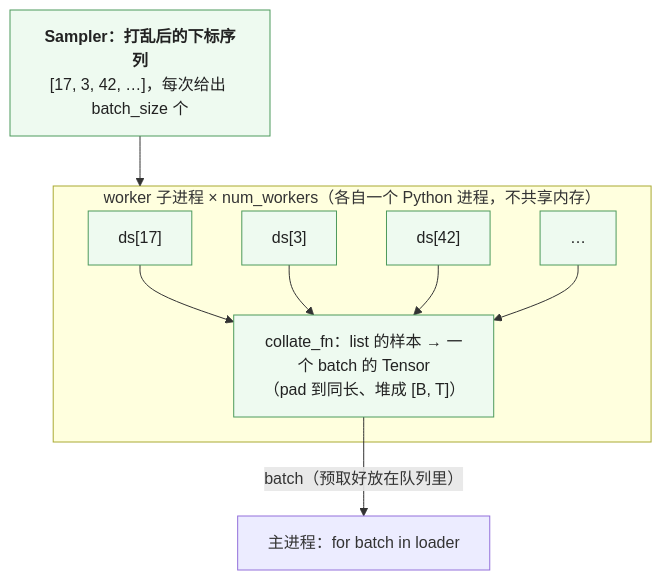
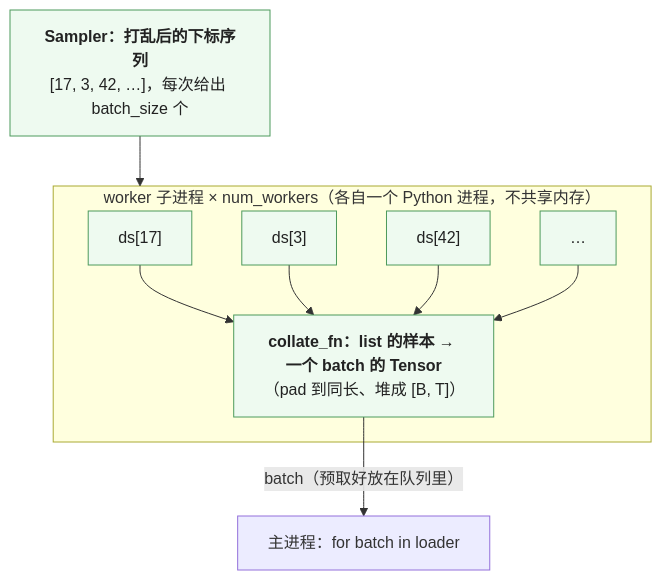
The fourth of 4 diagrams in _posts/2026-01-19-pytorch-in-use-five-objects-and-a-training-loop.md (arganzheng/arganzheng.github.com), drawn with Mermaid before and after one commit. The commit also changed other lines of this file and 6 other files, not shown here.

First line of the commit message:
Mermaid：五个框标题漏加粗、五张图的图注写法不对

````diff
--- a/_posts/2026-01-19-pytorch-in-use-five-objects-and-a-training-loop.md
+++ b/_posts/2026-01-19-pytorch-in-use-five-objects-and-a-training-loop.md
@@ -317,17 +317,17 @@
 ```mermaid
-%% DataLoader 的一步：Sampler 出下标 → worker 子进程取样本并 collate → 队列 → 主进程
+%% 图：DataLoader 的一步——Sampler 出下标 → worker 子进程取样本并 collate → 队列 → 主进程
 flowchart TB
     S["<b>Sampler：打乱后的下标序列</b><br/>[17, 3, 42, …]，每次给出 batch_size 个"]
     subgraph W["worker 子进程 × num_workers（各自一个 Python 进程，不共享内存）"]
         G1["ds[17]"]
         G2["ds[3]"]
         G3["ds[42]"]
         G4["…"]
-        C["collate_fn：list 的样本 → 一个 batch 的 Tensor<br/>（pad 到同长、堆成 [B, T]）"]
+        C["<b>collate_fn：list 的样本 → 一个 batch 的 Tensor</b><br/>（pad 到同长、堆成 [B, T]）"]
         G1 & G2 & G3 & G4 --> C
     end
     S --> W
     C -- "batch（预取好放在队列里）" --> M["主进程：for batch in loader"]
     classDef data fill:#eefaf0,stroke:#4d9a5c,color:#222
     class S,G1,G2,G3,G4,C data
 ```
````
